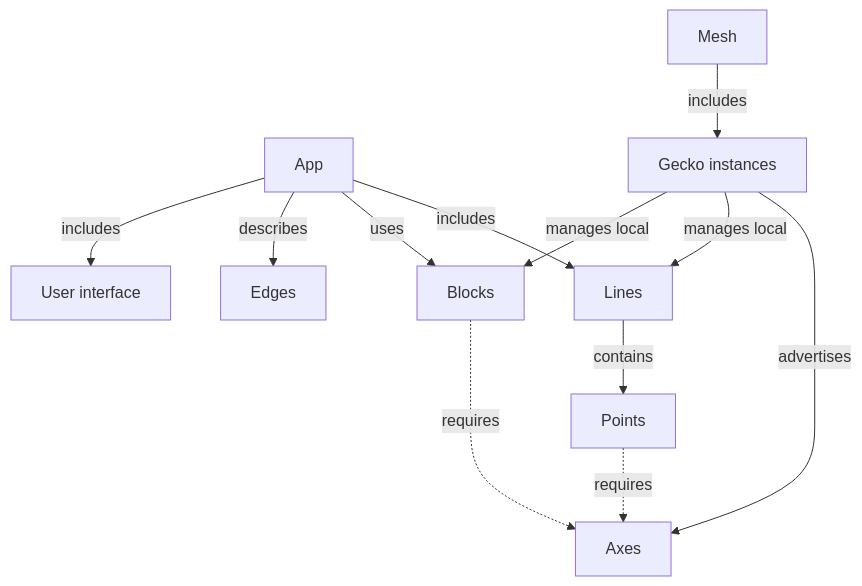
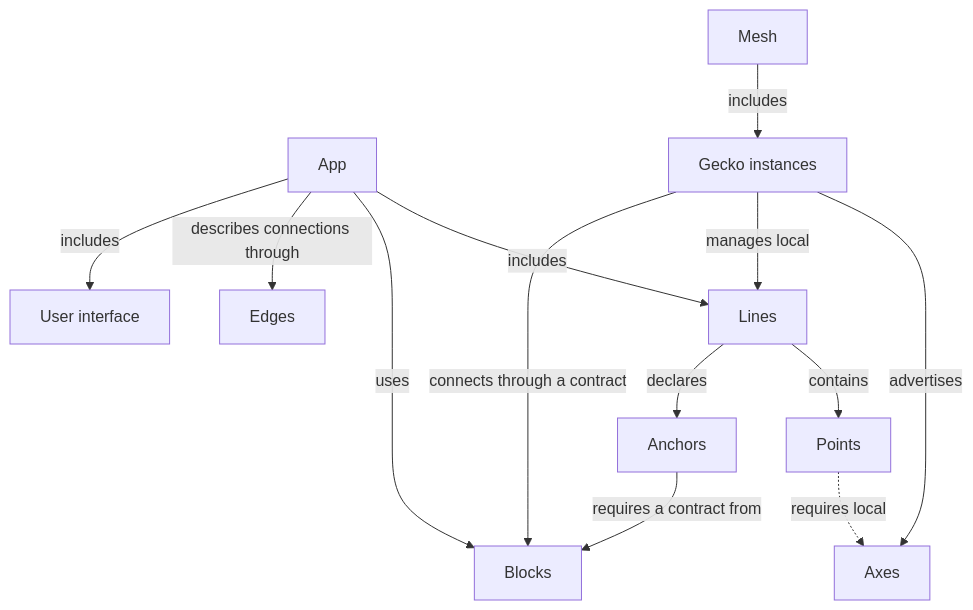
The diagram in docs/concepts.md (jfultr/gecko-core), drawn with Mermaid before and after one commit. The commit also changed other lines of this file and 1 other file, not shown here.

Commit message:
docs: define service contracts and Anchor dependencies

````diff
--- a/docs/concepts.md
+++ b/docs/concepts.md
@@ -49,14 +49,15 @@
 ```mermaid
 flowchart TB
     App[App] -->|includes| Line[Lines]
     App -->|uses| Block[Blocks]
-    App -->|describes| Edge[Edges]
+    App -->|describes connections through| Edge[Edges]
     App -->|includes| UI[User interface]
     Line -->|contains| Point[Points]
+    Line -->|declares| Anchor[Anchors]
+    Anchor -->|requires a contract from| Block
     Mesh[Mesh] -->|includes| Gecko[Gecko instances]
     Gecko -->|advertises| Axis[Axes]
     Gecko -->|manages local| Line
-    Gecko -->|manages local| Block
-    Point -.->|requires| Axis
-    Block -.->|requires| Axis
+    Gecko -->|connects through a contract| Block
+    Point -.->|requires local| Axis
 ```
````
